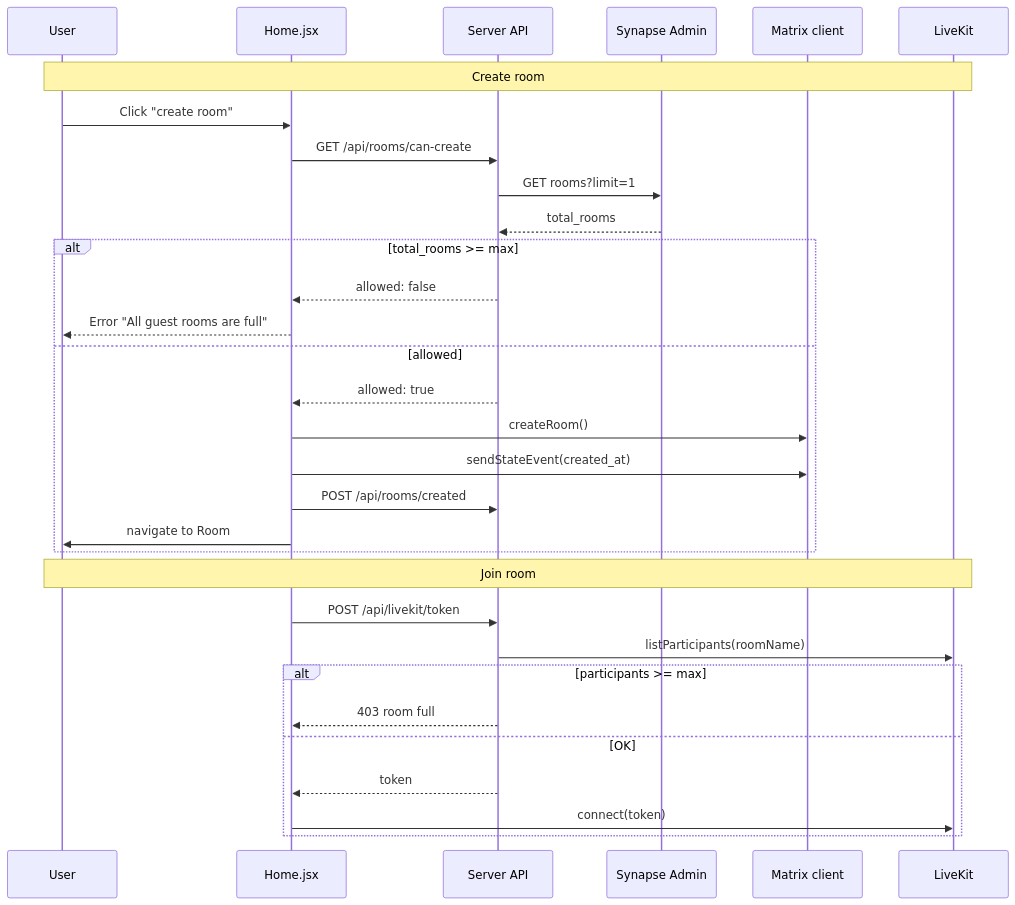
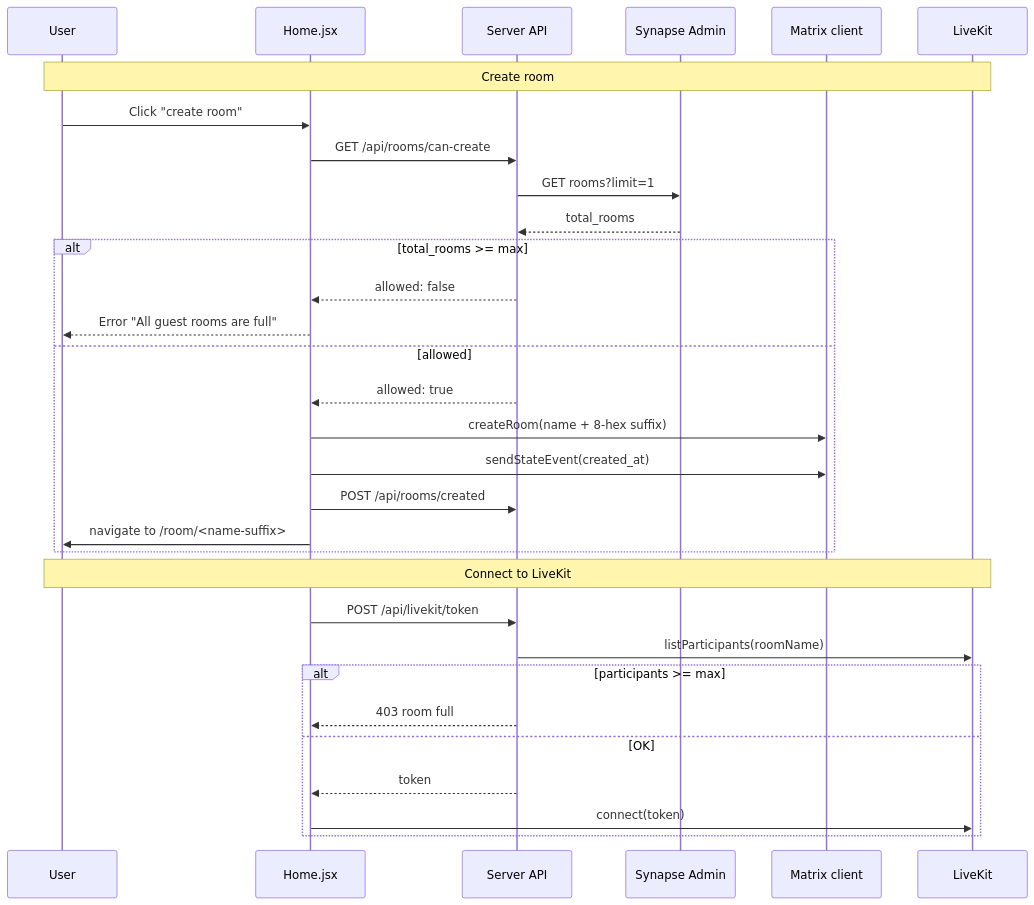
The first of 3 diagrams in docs/room-lifecycle.md (YarinCardillo/hush-app), drawn with Mermaid before and after one commit. The commit also changed other lines of this file and 10 other files, not shown here.

First line of the commit message:
feat: link-only room model with copy-link sharing and join flow

````diff
--- a/docs/room-lifecycle.md
+++ b/docs/room-lifecycle.md
@@ -127,35 +127,35 @@
 ```mermaid
 sequenceDiagram
   participant U as User
   participant H as Home.jsx
   participant API as Server API
   participant Synapse as Synapse Admin
   participant Matrix as Matrix client
   participant LK as LiveKit
 
   Note over U,LK: Create room
   U->>H: Click "create room"
   H->>API: GET /api/rooms/can-create
   API->>Synapse: GET rooms?limit=1
   Synapse-->>API: total_rooms
   alt total_rooms >= max
     API-->>H: allowed: false
     H-->>U: Error "All guest rooms are full"
   else allowed
     API-->>H: allowed: true
-    H->>Matrix: createRoom()
+    H->>Matrix: createRoom(name + 8-hex suffix)
     H->>Matrix: sendStateEvent(created_at)
     H->>API: POST /api/rooms/created
-    H->>U: navigate to Room
+    H->>U: navigate to /room/<name-suffix>
   end
 
-  Note over U,LK: Join room
+  Note over U,LK: Connect to LiveKit
   H->>API: POST /api/livekit/token
   API->>LK: listParticipants(roomName)
   alt participants >= max
     API-->>H: 403 room full
   else OK
     API-->>H: token
     H->>LK: connect(token)
   end
 ```
````
